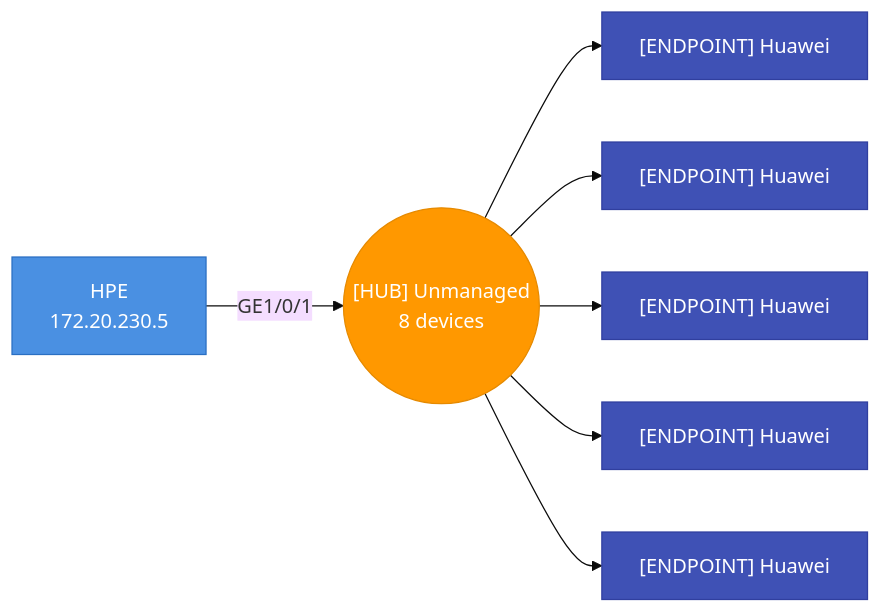
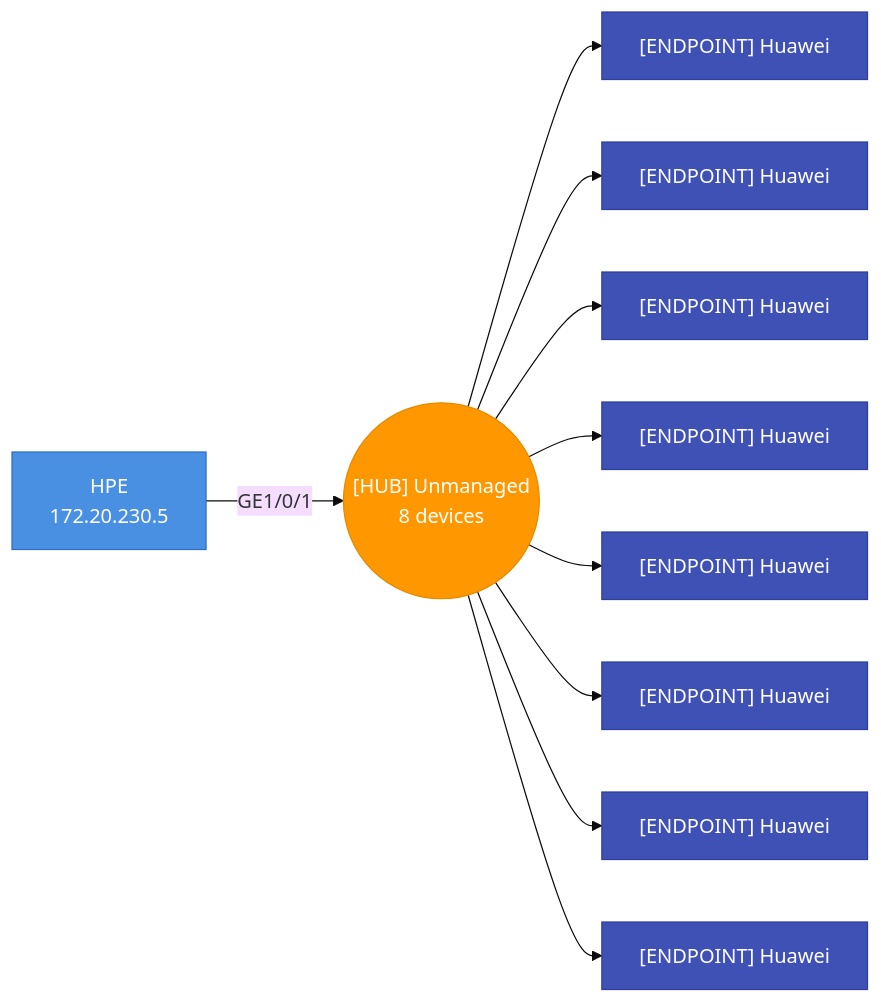
Before and after one commit to djamic/LLDP-Skanner-Go: diagram 15 of 47 in testdata/golden/audit_default.md, drawn with Mermaid (base theme). The commit also changed other lines of this file and 12 other files, not shown here.

````diff
--- a/testdata/golden/audit_default.md
+++ b/testdata/golden/audit_default.md
@@ -1662,23 +1794,32 @@
 ```mermaid
 graph LR
   hub_4caea3a218ec_p1(("[HUB] Unmanaged<br>8 devices"))
   4caea3a218ec["HPE<br>172.20.230.5"]
   4caea3a218ec-- "GE1/0/1" -->hub_4caea3a218ec_p1
   style 4caea3a218ec fill:#4A90E2,stroke:#2A6FC2,color:#fff
   bc9b5e37bf45["[ENDPOINT] Huawei"]
   hub_4caea3a218ec_p1-->bc9b5e37bf45
   style bc9b5e37bf45 fill:#3F51B5,stroke:#303F9F,color:#fff
   bc9b5e37bf46["[ENDPOINT] Huawei"]
   hub_4caea3a218ec_p1-->bc9b5e37bf46
   style bc9b5e37bf46 fill:#3F51B5,stroke:#303F9F,color:#fff
   bc9b5e37bf4c["[ENDPOINT] Huawei"]
   hub_4caea3a218ec_p1-->bc9b5e37bf4c
   style bc9b5e37bf4c fill:#3F51B5,stroke:#303F9F,color:#fff
   bc9b5e37bf4d["[ENDPOINT] Huawei"]
   hub_4caea3a218ec_p1-->bc9b5e37bf4d
   style bc9b5e37bf4d fill:#3F51B5,stroke:#303F9F,color:#fff
   bc9b5e37bf4e["[ENDPOINT] Huawei"]
   hub_4caea3a218ec_p1-->bc9b5e37bf4e
   style bc9b5e37bf4e fill:#3F51B5,stroke:#303F9F,color:#fff
+  bc9b5e37bf54["[ENDPOINT] Huawei"]
+  hub_4caea3a218ec_p1-->bc9b5e37bf54
+  style bc9b5e37bf54 fill:#3F51B5,stroke:#303F9F,color:#fff
+  bc9b5e37bf55["[ENDPOINT] Huawei"]
+  hub_4caea3a218ec_p1-->bc9b5e37bf55
+  style bc9b5e37bf55 fill:#3F51B5,stroke:#303F9F,color:#fff
+  bc9b5e37bf5a["[ENDPOINT] Huawei"]
+  hub_4caea3a218ec_p1-->bc9b5e37bf5a
+  style bc9b5e37bf5a fill:#3F51B5,stroke:#303F9F,color:#fff
   style hub_4caea3a218ec_p1 fill:#FF9800,stroke:#E68A00,color:#fff
 ```
````
